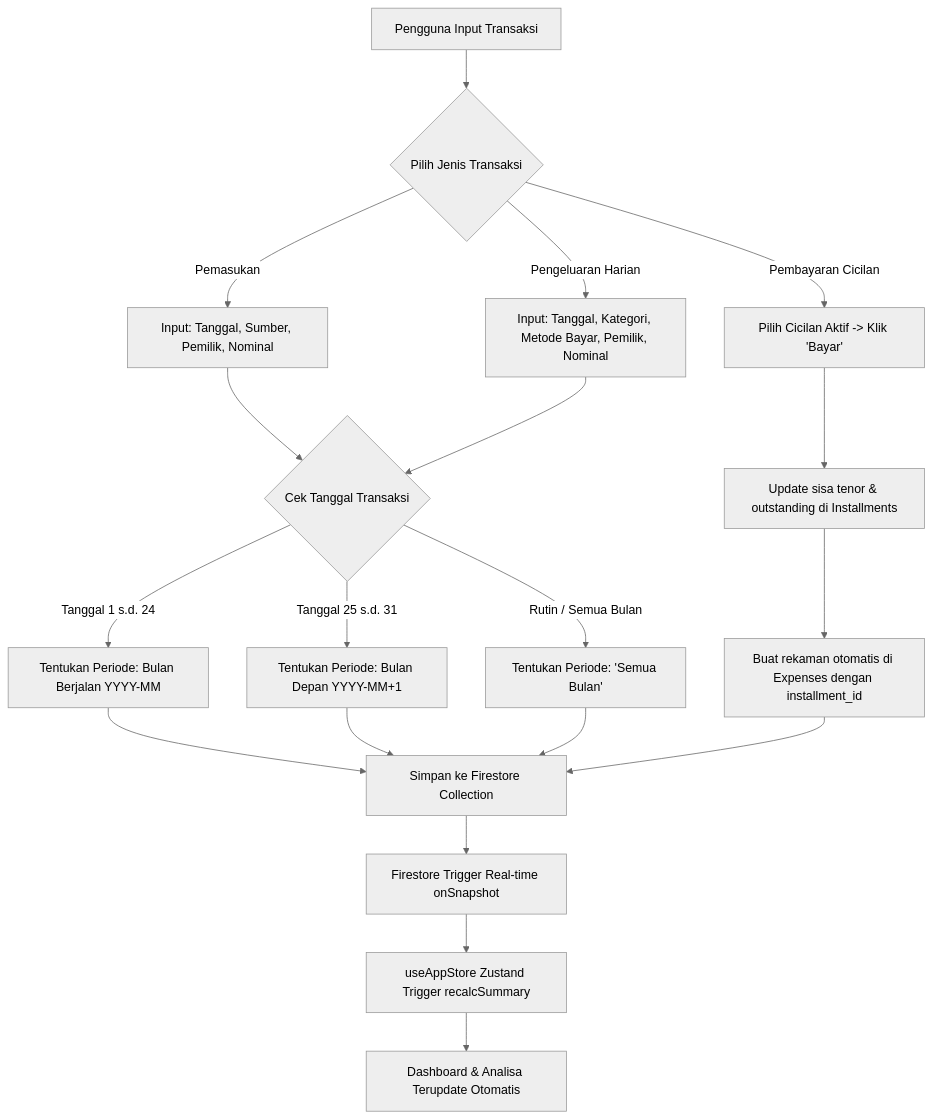
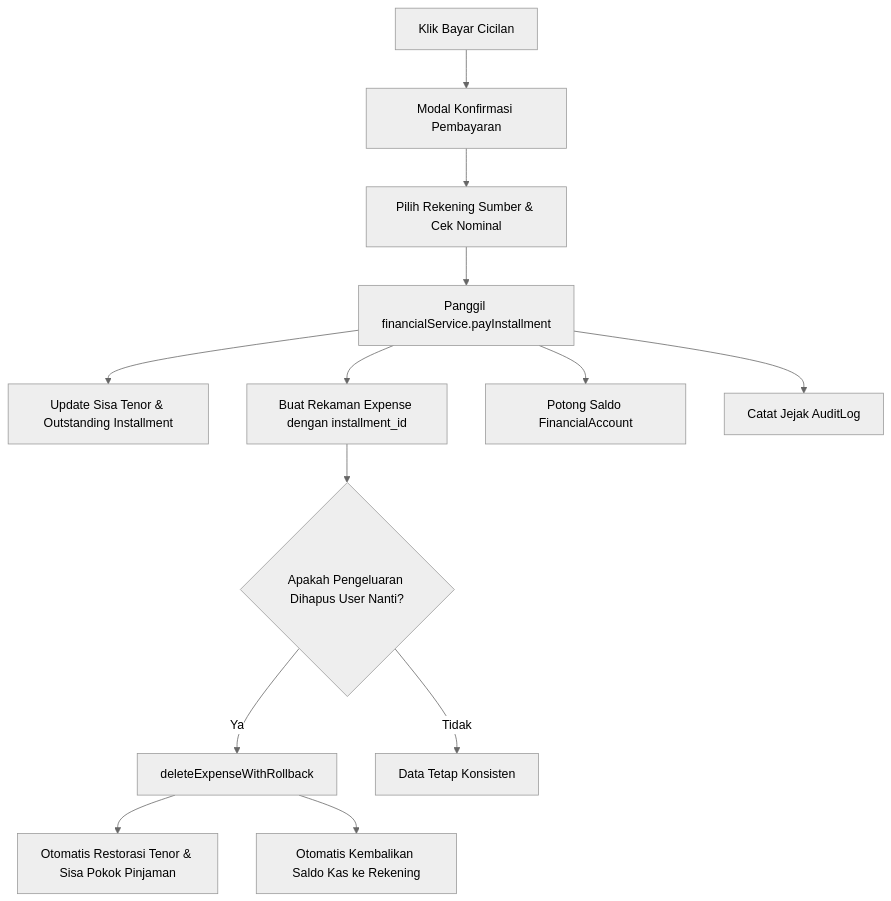
One commit to dionysiusaryap/Cashflow changed the diagram in DOKUMENTASI_PROJEK.md. Above: the diagram before and after it, drawn with Mermaid (neutral theme). The commit also changed other lines of this file and 17 other files, not shown here.

````diff
--- a/DOKUMENTASI_PROJEK.md
+++ b/DOKUMENTASI_PROJEK.md
@@ -162,27 +134,17 @@
 ```mermaid
 flowchart TD
-    A[Pengguna Input Transaksi] --> B{Pilih Jenis Transaksi}
+    A[Klik Bayar Cicilan] --> B[Modal Konfirmasi Pembayaran]
+    B --> C[Pilih Rekening Sumber & Cek Nominal]
+    C --> D[Panggil financialService.payInstallment]
     
-    B -->|Pemasukan| C[Input: Tanggal, Sumber, Pemilik, Nominal]
-    B -->|Pengeluaran Harian| D[Input: Tanggal, Kategori, Metode Bayar, Pemilik, Nominal]
-    B -->|Pembayaran Cicilan| E[Pilih Cicilan Aktif -> Klik 'Bayar']
+    D --> E[Update Sisa Tenor & Outstanding Installment]
+    D --> F[Buat Rekaman Expense dengan installment_id]
+    D --> G[Potong Saldo FinancialAccount]
+    D --> H[Catat Jejak AuditLog]
     
-    C --> F{Cek Tanggal Transaksi}
-    D --> F
-    
-    F -->|Tanggal 1 s.d. 24| G[Tentukan Periode: Bulan Berjalan YYYY-MM]
-    F -->|Tanggal 25 s.d. 31| H[Tentukan Periode: Bulan Depan YYYY-MM+1]
-    F -->|Rutin / Semua Bulan| I[Tentukan Periode: 'Semua Bulan']
-    
-    E --> J[Update sisa tenor & outstanding di Installments]
-    J --> K[Buat rekaman otomatis di Expenses dengan installment_id]
-    
-    G --> L[Simpan ke Firestore Collection]
-    H --> L
-    I --> L
-    K --> L
-    
-    L --> M[Firestore Trigger Real-time onSnapshot]
-    M --> N[useAppStore Zustand Trigger recalcSummary]
-    N --> O[Dashboard & Analisa Terupdate Otomatis]
+    F --> I{Apakah Pengeluaran Dihapus User Nanti?}
+    I -->|Ya| J[deleteExpenseWithRollback]
+    J --> K[Otomatis Restorasi Tenor & Sisa Pokok Pinjaman]
+    J --> L[Otomatis Kembalikan Saldo Kas ke Rekening]
+    I -->|Tidak| M[Data Tetap Konsisten]
 ```
````
